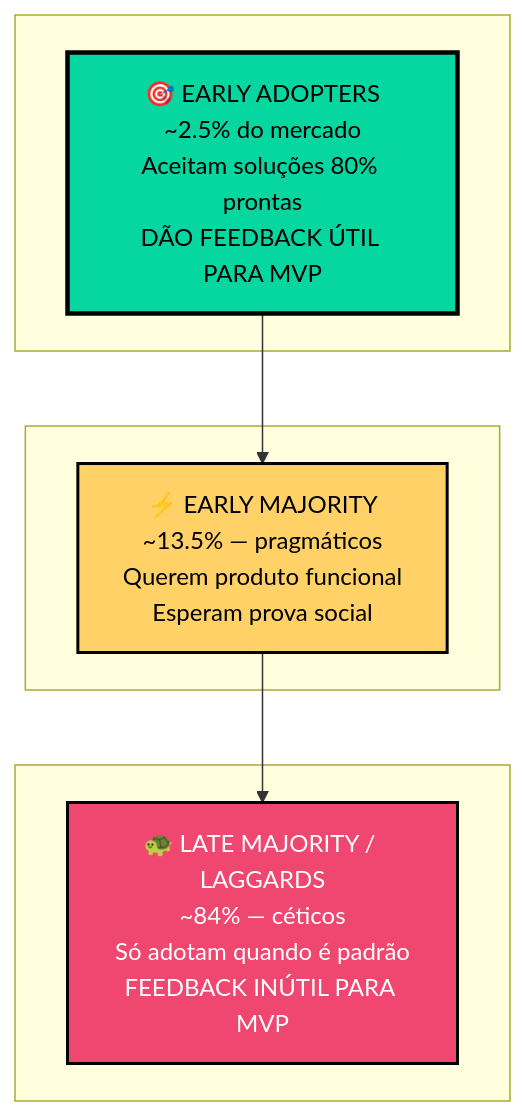
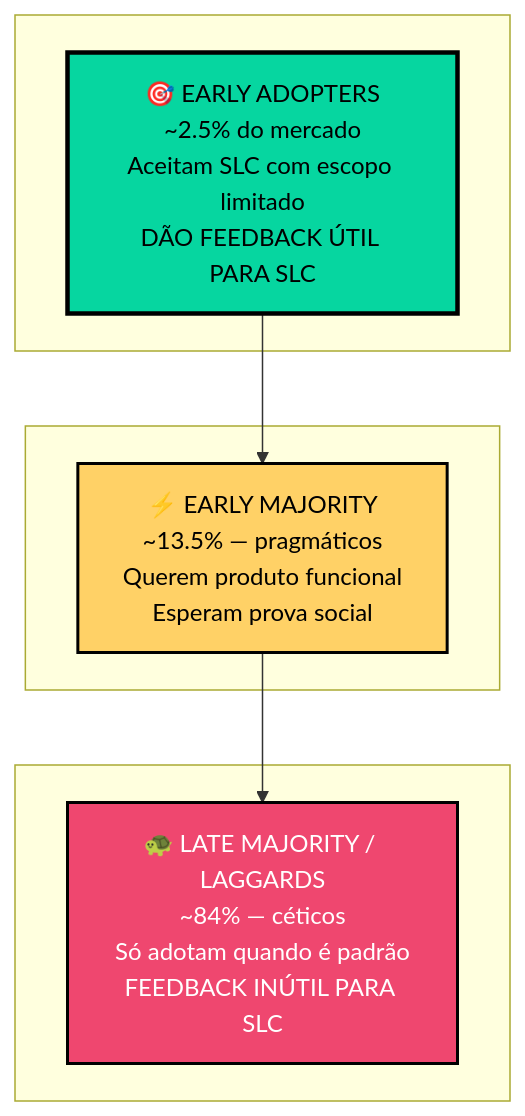
The third of 7 diagrams in StartupRush/Metodologia/Diagramas Visuais.md (Boa-Thomas/StartupRush), drawn with Mermaid before and after one commit. The commit also changed other lines of this file and 33 other files, not shown here.

First line of the commit message:
refactor: replace MVP with SLC across all active methodology notes

````diff
--- a/StartupRush/Metodologia/Diagramas Visuais.md
+++ b/StartupRush/Metodologia/Diagramas Visuais.md
@@ -92,19 +92,19 @@
 ```mermaid
 flowchart TB
     subgraph topo[" "]
-        EA["🎯 EARLY ADOPTERS<br/>~2.5% do mercado<br/>Aceitam soluções 80% prontas<br/>DÃO FEEDBACK ÚTIL PARA MVP"]
+        EA["🎯 EARLY ADOPTERS<br/>~2.5% do mercado<br/>Aceitam SLC com escopo limitado<br/>DÃO FEEDBACK ÚTIL PARA SLC"]
     end
     subgraph meio[" "]
         EM["⚡ EARLY MAJORITY<br/>~13.5% — pragmáticos<br/>Querem produto funcional<br/>Esperam prova social"]
     end
     subgraph base[" "]
-        LM["🐢 LATE MAJORITY / LAGGARDS<br/>~84% — céticos<br/>Só adotam quando é padrão<br/>FEEDBACK INÚTIL PARA MVP"]
+        LM["🐢 LATE MAJORITY / LAGGARDS<br/>~84% — céticos<br/>Só adotam quando é padrão<br/>FEEDBACK INÚTIL PARA SLC"]
     end
     
     EA --> EM
     EM --> LM
     
     style EA fill:#06D6A0,color:#000,stroke:#000,stroke-width:3px
     style EM fill:#FFD166,color:#000,stroke:#000,stroke-width:2px
     style LM fill:#EF476F,color:#fff,stroke:#000,stroke-width:2px
 ```
````
